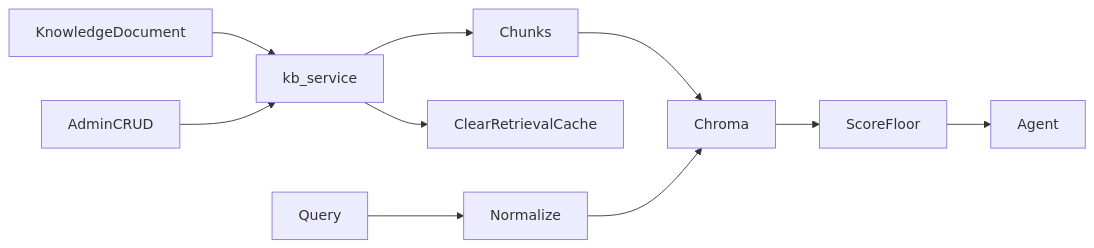
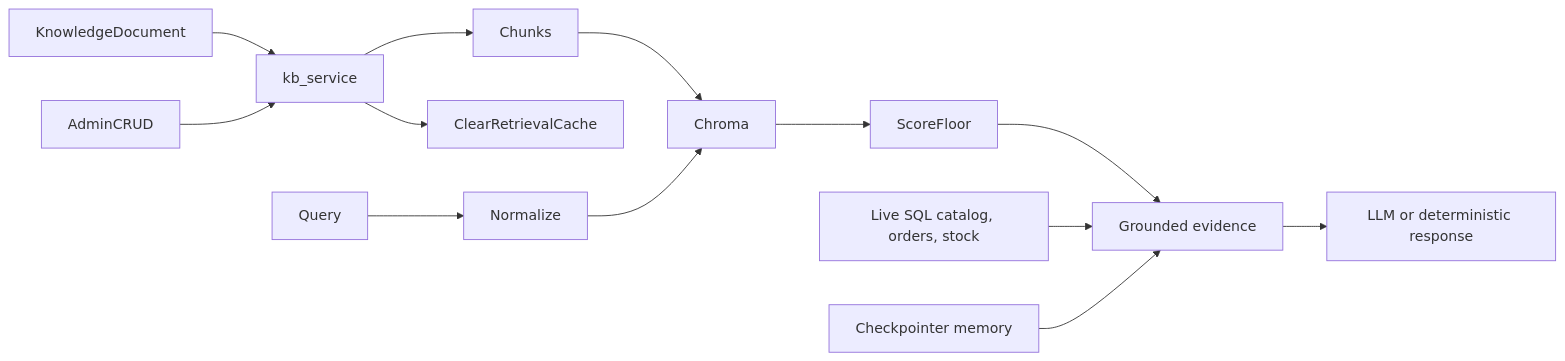
Before and after one commit to RowanFayez/ShifaPharmacy_AISales_CustomerServiceAgent: the fourth of 6 diagrams in README.md, drawn with Mermaid. The commit also changed other lines of this file and 24 other files, not shown here.

````diff
--- a/README.md
+++ b/README.md
@@ -61,7 +70,10 @@
 ```mermaid
 flowchart LR
   KnowledgeDocument --> KBService[kb_service] --> Chunks --> Chroma
   AdminCRUD --> KBService
-  Query --> Normalize --> Chroma --> ScoreFloor --> Agent
+  Query --> Normalize --> Chroma --> ScoreFloor --> Evidence[Grounded evidence]
+  SQL[Live SQL catalog, orders, stock] --> Evidence
+  Conversation[Checkpointer memory] --> Evidence
+  Evidence --> Agent[LLM or deterministic response]
   KBService --> ClearRetrievalCache
 ```
````
